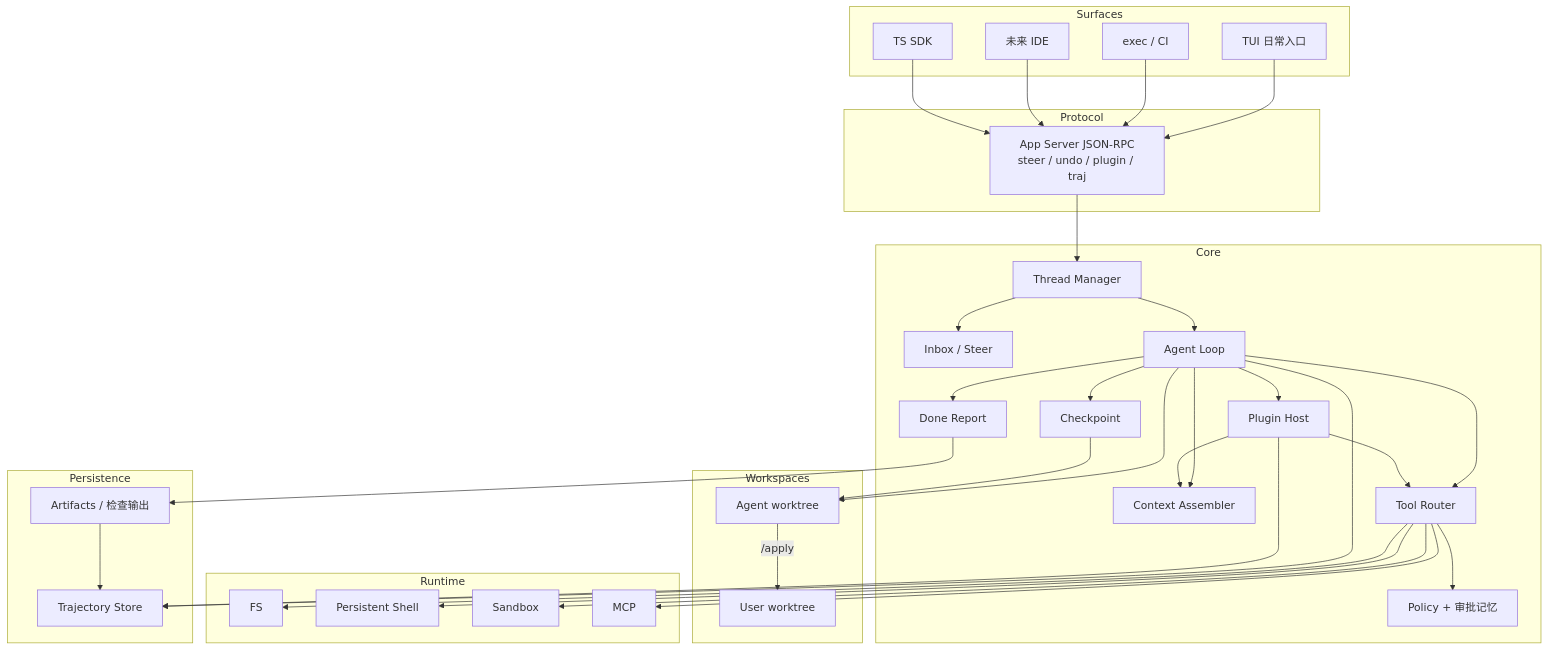
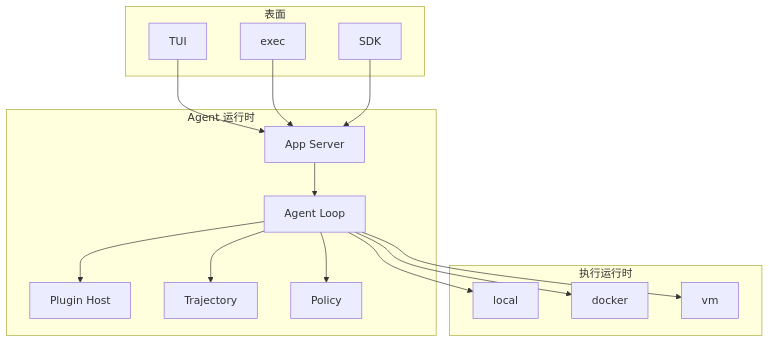
The diagram in docs/architecture.md (mengzhihua/harness), drawn with Mermaid before and after one commit. The commit also changed other lines of this file and 2 other files, not shown here.

First line of the commit message:
docs: rewrite a complete agent-runtime design

````diff
--- a/docs/architecture.md
+++ b/docs/architecture.md
@@ -7,69 +77,30 @@
 ```mermaid
 flowchart TB
-  subgraph surfaces [Surfaces]
-    TUI[TUI 日常入口]
-    EXEC[exec / CI]
-    IDE[未来 IDE]
-    SDK[TS SDK]
+  subgraph surfaces [表面]
+    TUI[TUI]
+    EXEC[exec]
+    SDK[SDK]
   end
-
-  subgraph protocol [Protocol]
-    APPSVR["App Server JSON-RPC\nsteer / undo / plugin / traj"]
+  subgraph agent [Agent 运行时]
+    APPSVR[App Server]
+    LOOP[Agent Loop]
+    PLUG[Plugin Host]
+    TRAJ[Trajectory]
+    POL[Policy]
   end
-
-  subgraph core [Core]
-    THREAD[Thread Manager]
-    INBOX[Inbox / Steer]
-    LOOP[Agent Loop]
-    CTX[Context Assembler]
-    TOOLS[Tool Router]
-    PLUG[Plugin Host]
-    POLICY[Policy + 审批记忆]
-    CP[Checkpoint]
-    DONE[Done Report]
+  subgraph execrt [执行运行时]
+    LOCAL[local]
+    DOCKER[docker]
+    VM[vm]
   end
-
-  subgraph ws [Workspaces]
-    USER[User worktree]
-    AGENT[Agent worktree]
-  end
-
-  subgraph runtime [Runtime]
-    FS[FS]
-    SHELL[Persistent Shell]
-    SANDBOX[Sandbox]
-    MCP[MCP]
-  end
-
-  subgraph persist [Persistence]
-    TRAJ[Trajectory Store]
-    ART[Artifacts / 检查输出]
-  end
-
   TUI --> APPSVR
   EXEC --> APPSVR
-  IDE --> APPSVR
   SDK --> APPSVR
-  APPSVR --> THREAD
-  THREAD --> INBOX
-  THREAD --> LOOP
-  LOOP --> CTX
-  LOOP --> TOOLS
+  APPSVR --> LOOP
   LOOP --> PLUG
-  LOOP --> CP
-  LOOP --> DONE
-  TOOLS --> POLICY
-  PLUG --> TOOLS
-  PLUG --> CTX
-  LOOP --> AGENT
-  CP --> AGENT
-  AGENT -->|"/apply"| USER
-  TOOLS --> FS
-  TOOLS --> SHELL
-  TOOLS --> SANDBOX
-  TOOLS --> MCP
   LOOP --> TRAJ
-  PLUG --> TRAJ
-  DONE --> ART
-  ART --> TRAJ
+  LOOP --> POL
+  LOOP --> LOCAL
+  LOOP --> DOCKER
+  LOOP --> VM
 ```
````
